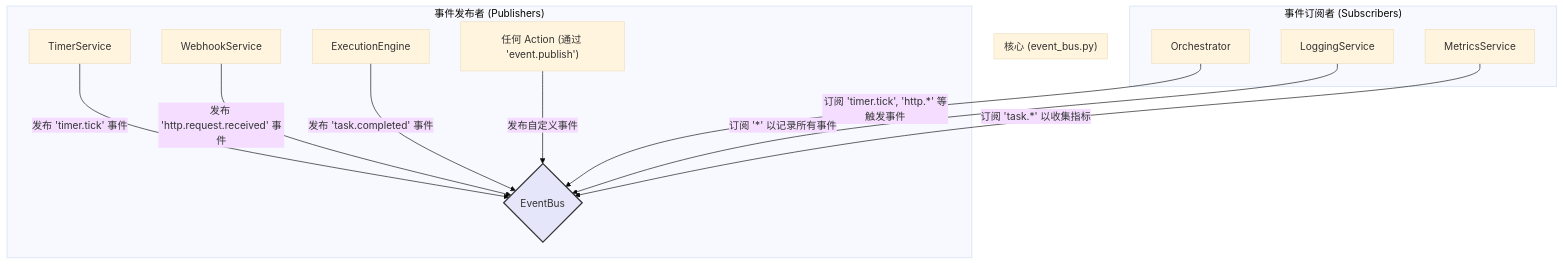
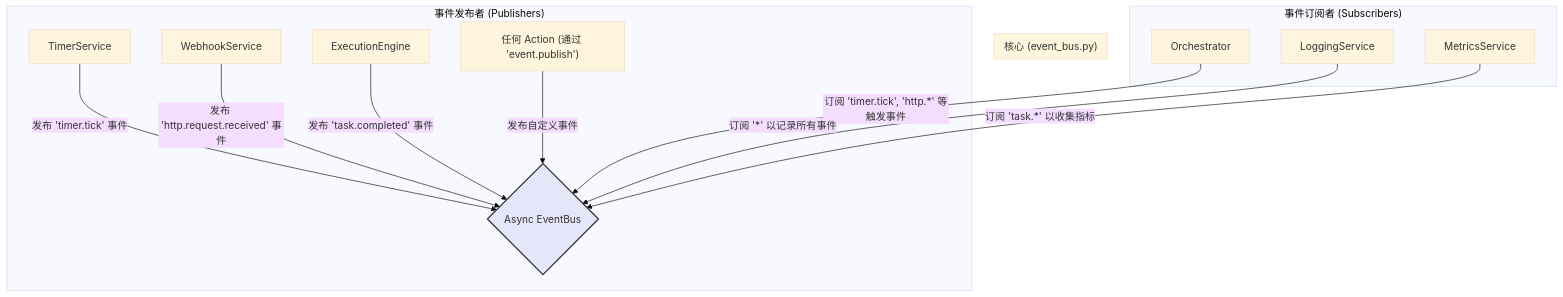
Before and after one commit to nightofknife/aura-framework: the diagram in readme/core_doc/event_bus.md, drawn with Mermaid (base theme). The commit also changed other lines of this file and 22 other files, not shown here.

````diff
--- a/readme/core_doc/event_bus.md
+++ b/readme/core_doc/event_bus.md
@@ -16,21 +18,21 @@
 ```mermaid
 graph TD
     subgraph "事件发布者 (Publishers)"
         TimerService -- "发布 'timer.tick' 事件" --> EventBus
         WebhookService -- "发布 'http.request.received' 事件" --> EventBus
         ExecutionEngine -- "发布 'task.completed' 事件" --> EventBus
         AnyAction["任何 Action (通过 'event.publish')" ] -- "发布自定义事件" --> EventBus
     end
 
     subgraph "核心 (event_bus.py)"
-        EventBus{EventBus}
+        EventBus{Async EventBus}
     end
 
     subgraph "事件订阅者 (Subscribers)"
         Orchestrator -- "订阅 'timer.tick', 'http.*' 等触发事件" --> EventBus
         LoggingService -- "订阅 '*' 以记录所有事件" --> EventBus
         MetricsService -- "订阅 'task.*' 以收集指标" --> EventBus
     end
 
     style EventBus fill:#e6e6fa,stroke:#333,stroke-width:2px
 ```
````
